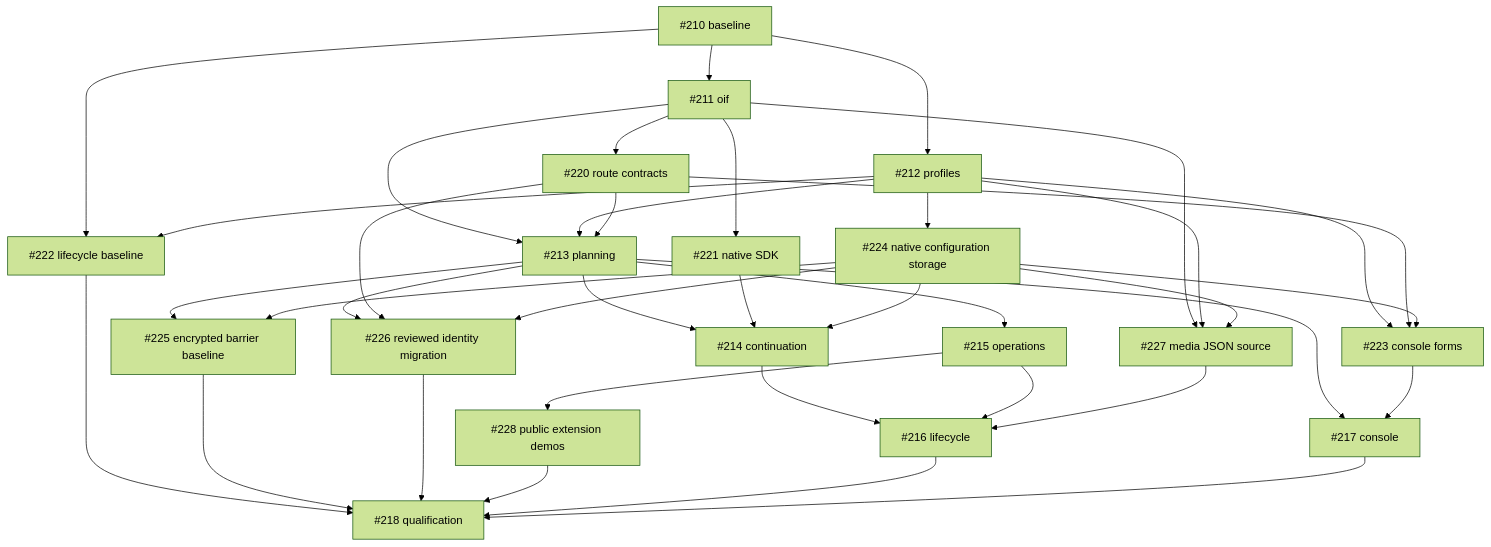
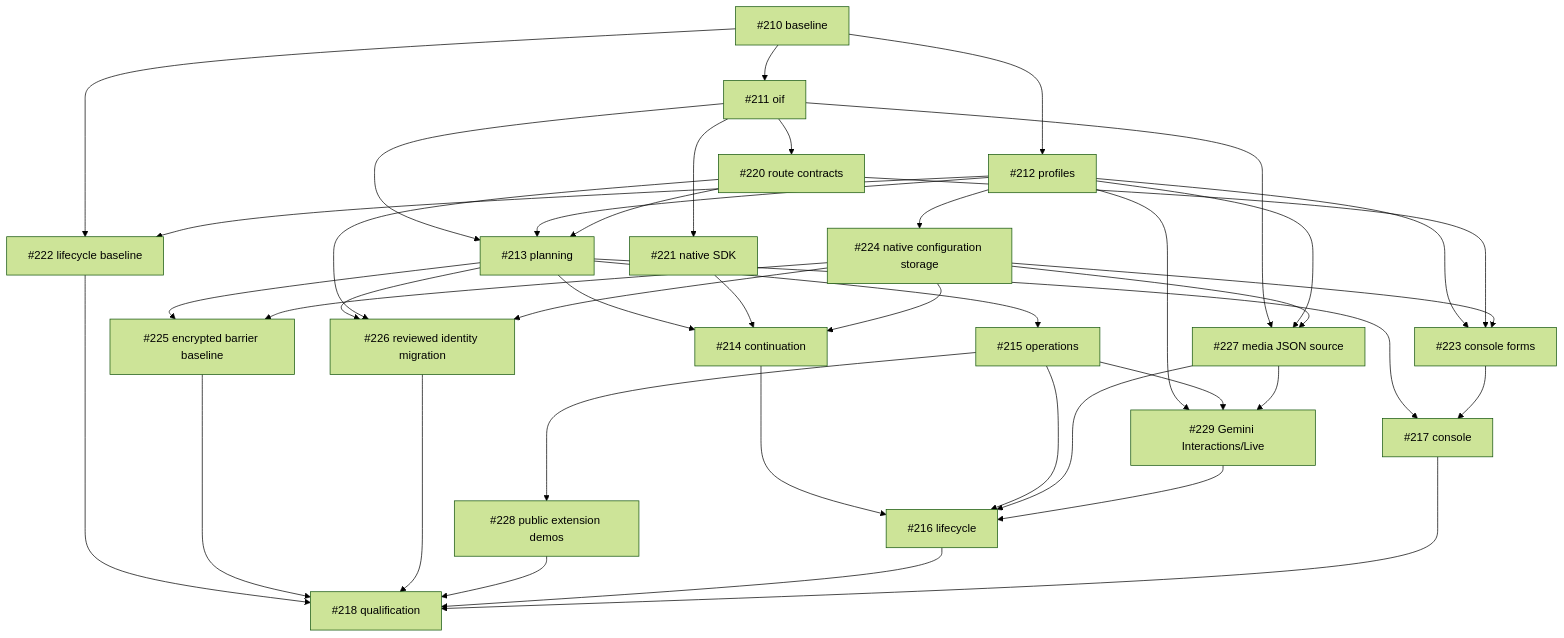
The diagram in docs/implementation/oif.md (tyk-swe/olp), drawn with Mermaid (forest theme) before and after one commit. The commit also changed other lines of this file, not shown here.

Commit message:
Track Gemini native lifecycle prerequisites

````diff
--- a/docs/implementation/oif.md
+++ b/docs/implementation/oif.md
@@ -7,58 +7,63 @@
 ```mermaid
 graph TD
   baseline["#210 baseline"]
   oif["#211 oif"]
   baseline --> oif
   profiles["#212 profiles"]
   baseline --> profiles
   native_config_storage["#224 native configuration storage"]
   profiles --> native_config_storage
   planning["#213 planning"]
   oif --> planning
   profiles --> planning
   route_contracts["#220 route contracts"]
   oif --> route_contracts
   route_contracts --> planning
   continuation["#214 continuation"]
   planning --> continuation
   native_sdk["#221 native SDK"]
   oif --> native_sdk
   native_sdk --> continuation
   native_config_storage --> continuation
   operations["#215 operations"]
   planning --> operations
   lifecycle["#216 lifecycle"]
   continuation --> lifecycle
   operations --> lifecycle
   media_source_foundation["#227 media JSON source"]
   oif --> media_source_foundation
   profiles --> media_source_foundation
   native_config_storage --> media_source_foundation
   media_source_foundation --> lifecycle
+  gemini_lifecycle_foundation["#229 Gemini Interactions/Live"]
+  profiles --> gemini_lifecycle_foundation
+  operations --> gemini_lifecycle_foundation
+  media_source_foundation --> gemini_lifecycle_foundation
+  gemini_lifecycle_foundation --> lifecycle
   console["#217 console"]
   planning --> console
   console_forms["#223 console forms"]
   profiles --> console_forms
   route_contracts --> console_forms
   native_config_storage --> console_forms
   console_forms --> console
   qualification["#218 qualification"]
   lifecycle_baseline["#222 lifecycle baseline"]
   baseline --> lifecycle_baseline
   profiles --> lifecycle_baseline
   lifecycle_baseline --> qualification
   barrier_baseline["#225 encrypted barrier baseline"]
   planning --> barrier_baseline
   native_config_storage --> barrier_baseline
   barrier_baseline --> qualification
   migration_foundation["#226 reviewed identity migration"]
   planning --> migration_foundation
   route_contracts --> migration_foundation
   native_config_storage --> migration_foundation
   migration_foundation --> qualification
   extension_demos["#228 public extension demos"]
   operations --> extension_demos
   extension_demos --> qualification
   lifecycle --> qualification
   console --> qualification
 ```
````
